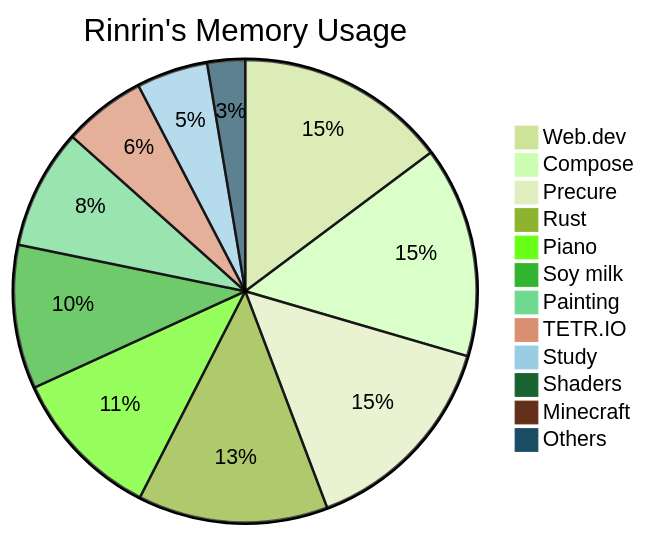
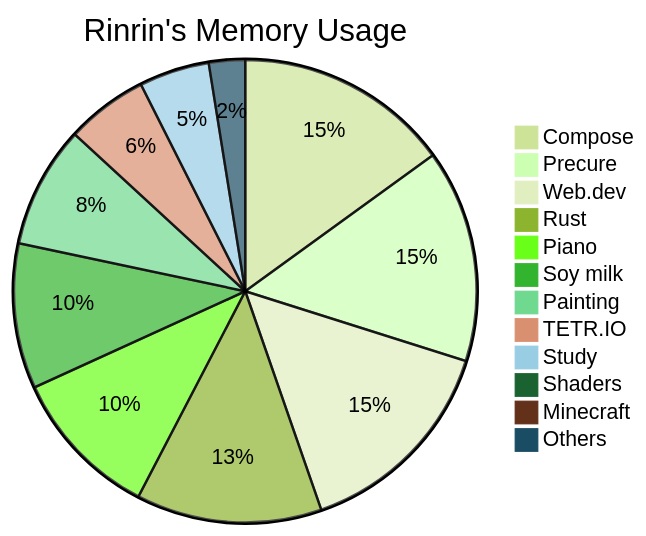
The diagram in README.md (Rinrin0413/Rinrin0413), drawn with Mermaid (forest theme) before and after one commit.

Commit message:
🛠 Update: Rinrin's Memory Usage

````diff
--- a/README.md
+++ b/README.md
@@ -77,15 +77,15 @@
 ```mermaid
 pie title Rinrin's Memory Usage
-    "Web.dev": 605
-    "Compose": 603
-    "Precure": 602
-    "Rust": 543
-    "Piano": 436
-    "Soy milk": 411
-    "Painting": 343
-    "TETR.IO": 236
-    "Study": 204
+    "Compose": 612
+    "Precure": 605
+    "Web.dev": 603
+    "Rust": 528
+    "Piano": 430
+    "Soy milk": 413
+    "Painting": 347
+    "TETR.IO": 233
+    "Study": 200
     "Shaders": 30
     "Minecraft": 30
-    "Others": 108
+    "Others": 103
 ```
````
